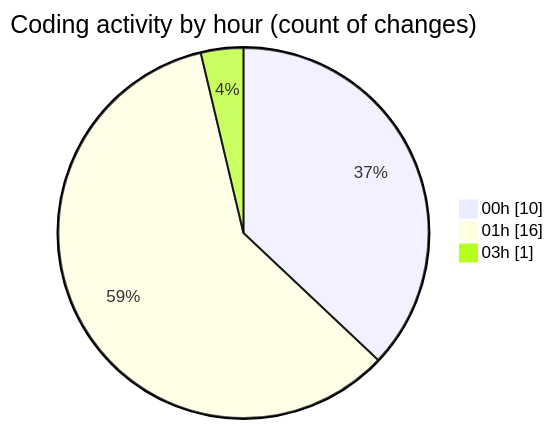
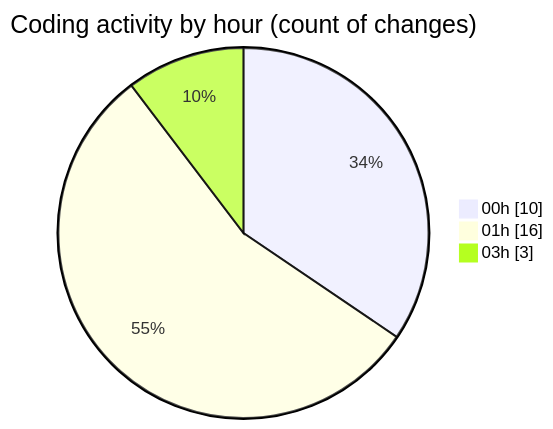
One commit to lephambinh05/code-tracking changed the second of 2 diagrams in 2025-07-30/appproject/README.md. Above: the diagram before and after it, drawn with Mermaid. The commit also changed other lines of this file and 1 other file, not shown here.

````diff
--- a/2025-07-30/appproject/README.md
+++ b/2025-07-30/appproject/README.md
@@ -39,7 +40,7 @@
 ```mermaid
 pie showData
 title Coding activity by hour (count of changes)
 "00h" : 10
 "01h" : 16
-"03h" : 1
+"03h" : 3
 ```
````
